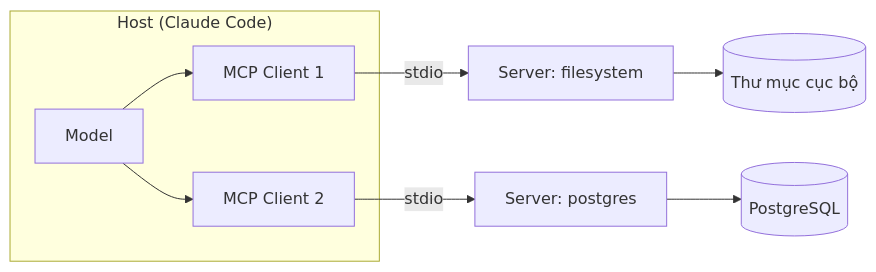
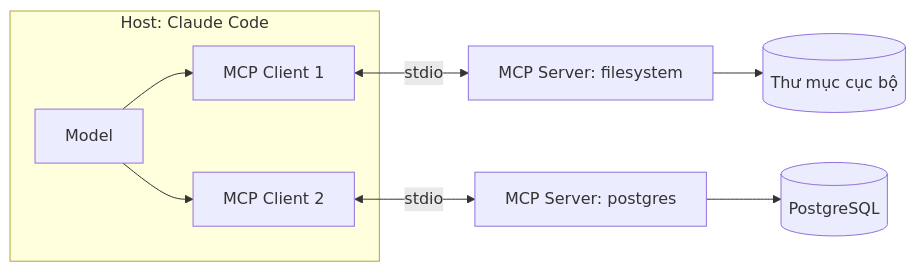
The first of 2 diagrams in docs/p5-ai/mcp.md (iamrealBi/learning-hub-v2), drawn with Mermaid before and after one commit. The commit also changed other lines of this file and 4 other files, not shown here.

First line of the commit message:
feat(P5): full AI Engineering track (Claude Code, MCP, checkpoint capstone)

````diff
--- a/docs/p5-ai/mcp.md
+++ b/docs/p5-ai/mcp.md
@@ -54,16 +213,16 @@
 ```mermaid
 flowchart LR
-    subgraph Host["Host (Claude Code)"]
+    subgraph Host["Host: Claude Code"]
         M[Model]
         C1[MCP Client 1]
         C2[MCP Client 2]
     end
-    S1[Server: filesystem]
-    S2[Server: postgres]
+    S1[MCP Server: filesystem]
+    S2[MCP Server: postgres]
     M --> C1
     M --> C2
-    C1 -- stdio --> S1
-    C2 -- stdio --> S2
+    C1 <-- "stdio" --> S1
+    C2 <-- "stdio" --> S2
     S1 --> FS[(Thư mục cục bộ)]
     S2 --> DB[(PostgreSQL)]
 ```
````
